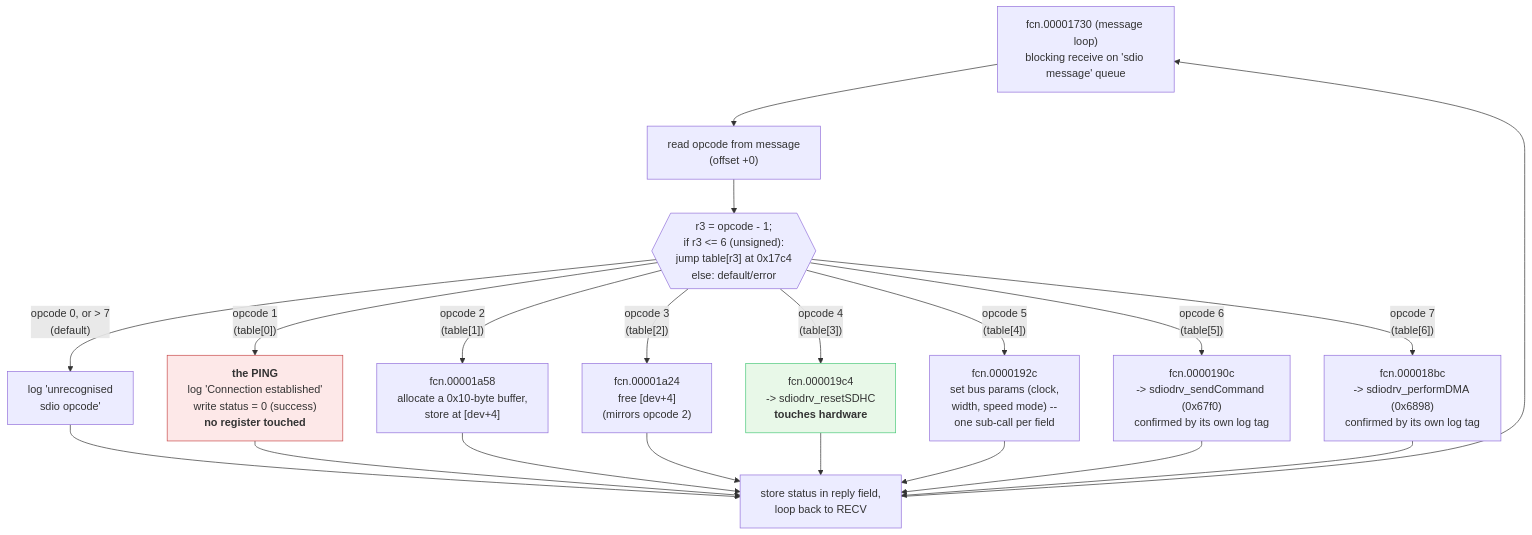
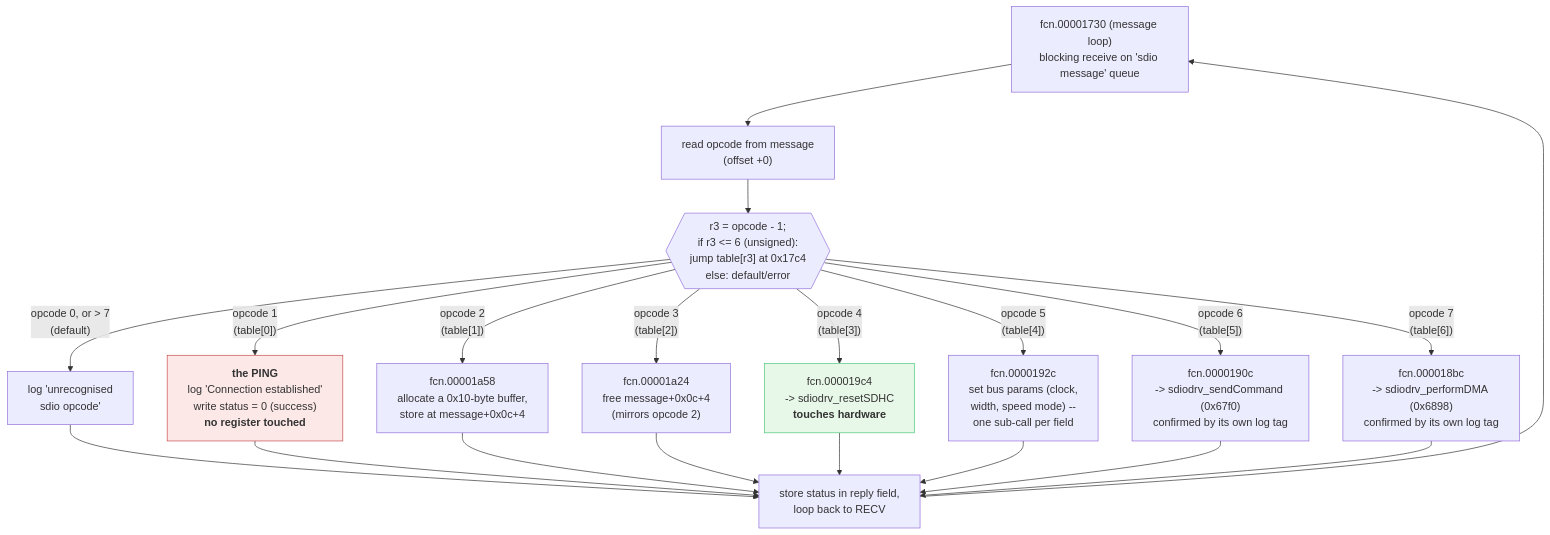
The second of 2 diagrams in docs/research/2026-10-16-wifi-iop-architecture.md (SebE585/trognon), drawn with Mermaid before and after one commit. The commit also changed other lines of this file, not shown here.

````diff
--- a/docs/research/2026-10-16-wifi-iop-architecture.md
+++ b/docs/research/2026-10-16-wifi-iop-architecture.md
@@ -568,32 +563,32 @@
 ```mermaid
 flowchart TD
     RECV["fcn.00001730 (message loop)<br/>blocking receive on 'sdio message' queue"]
     OP["read opcode from message<br/>(offset +0)"]
     SW{{"r3 = opcode - 1;<br/>if r3 &lt;= 6 (unsigned):<br/>jump table[r3] at 0x17c4<br/>else: default/error"}}
 
     RECV --> OP --> SW
 
     SW -- "opcode 0, or &gt; 7<br/>(default)" --> ERR["log 'unrecognised<br/>sdio opcode'"]
     SW -- "opcode 1<br/>(table[0])" --> C0
-    SW -- "opcode 2<br/>(table[1])" --> C1["fcn.00001a58<br/>allocate a 0x10-byte buffer,<br/>store at [dev+4]"]
-    SW -- "opcode 3<br/>(table[2])" --> C2["fcn.00001a24<br/>free [dev+4]<br/>(mirrors opcode 2)"]
+    SW -- "opcode 2<br/>(table[1])" --> C1["fcn.00001a58<br/>allocate a 0x10-byte buffer,<br/>store at message+0x0c+4"]
+    SW -- "opcode 3<br/>(table[2])" --> C2["fcn.00001a24<br/>free message+0x0c+4<br/>(mirrors opcode 2)"]
     SW -- "opcode 4<br/>(table[3])" --> C3["fcn.000019c4<br/>-> sdiodrv_resetSDHC<br/><b>touches hardware</b>"]
     SW -- "opcode 5<br/>(table[4])" --> C4["fcn.0000192c<br/>set bus params (clock,<br/>width, speed mode) --<br/>one sub-call per field"]
     SW -- "opcode 6<br/>(table[5])" --> C5["fcn.0000190c<br/>-> sdiodrv_sendCommand (0x67f0)<br/>confirmed by its own log tag"]
     SW -- "opcode 7<br/>(table[6])" --> C6["fcn.000018bc<br/>-> sdiodrv_performDMA (0x6898)<br/>confirmed by its own log tag"]
 
     C0["<b>the PING</b><br/>log 'Connection established'<br/>write status = 0 (success)<br/><b>no register touched</b>"]
 
     ERR --> LOOP
     C0 --> LOOP["store status in reply field,<br/>loop back to RECV"]
     C1 --> LOOP
     C2 --> LOOP
     C3 --> LOOP
     C4 --> LOOP
     C5 --> LOOP
     C6 --> LOOP
     LOOP --> RECV
 
     style C0 fill:#fde8e8,stroke:#c94a4a
     style C3 fill:#e8f8e8,stroke:#4ac97a
 ```
````
